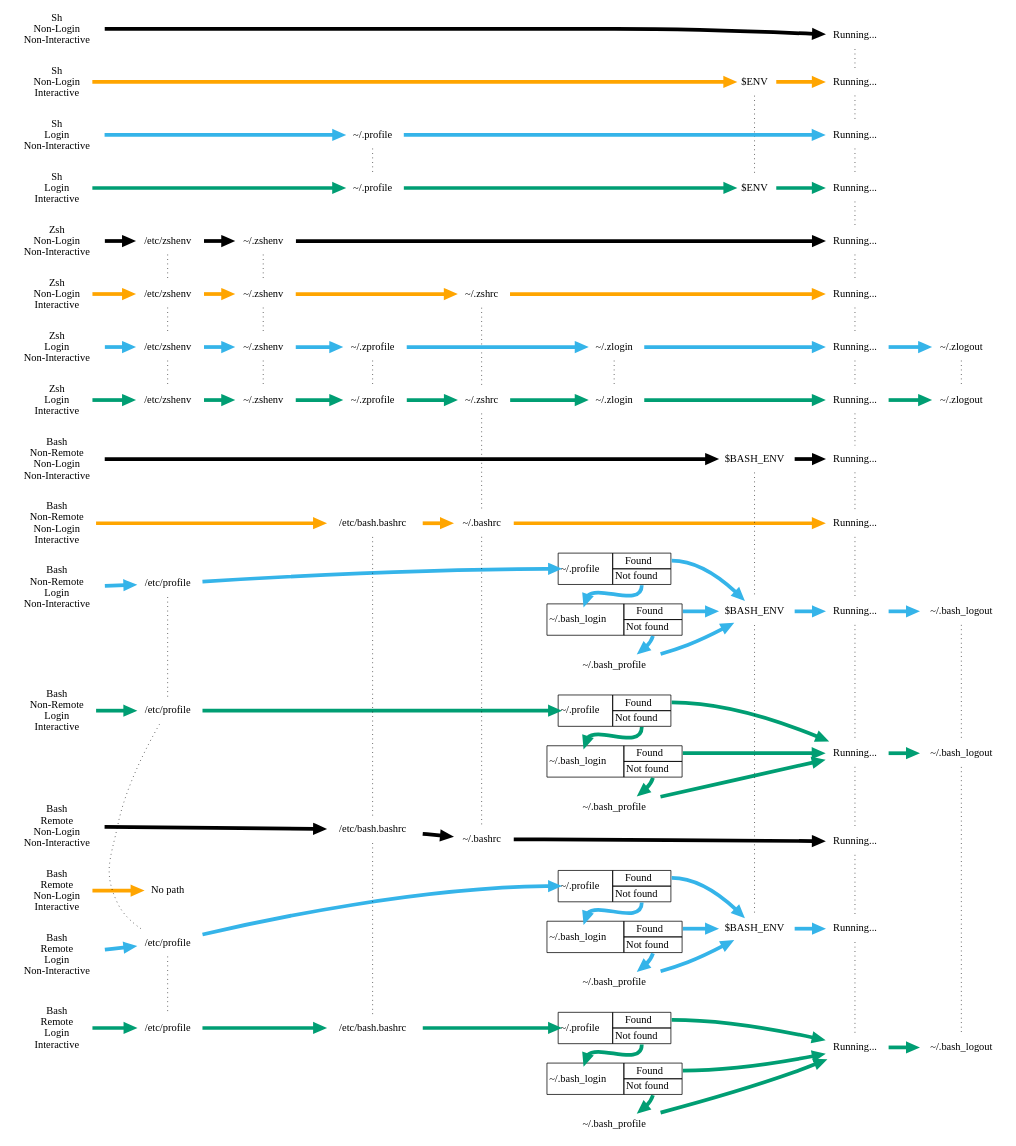
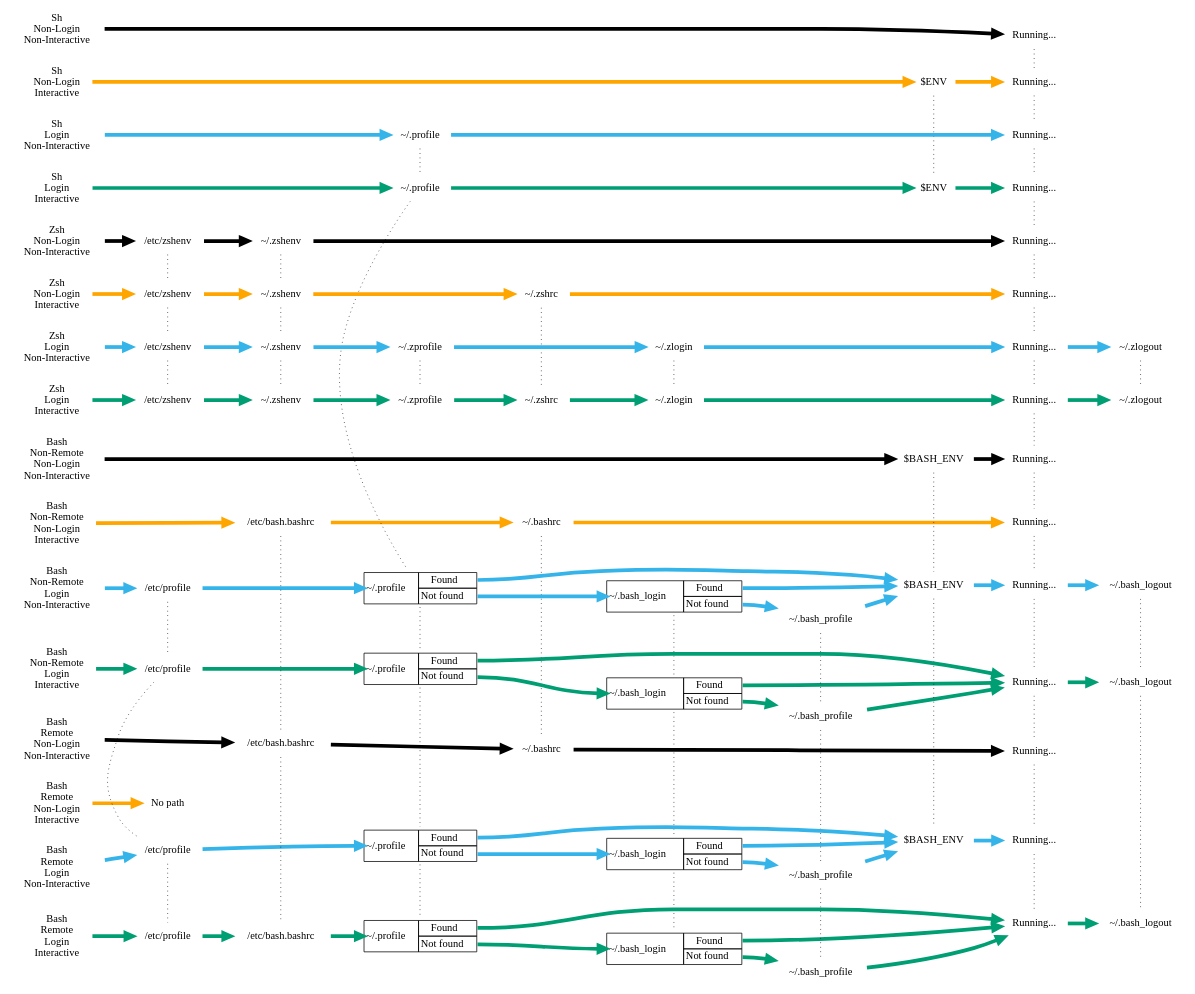
One commit to mikemol/mikemol.github.io changed the diagram in assets/sh-zsh-bash-refactor/samerank/samerank.dot. Above: the diagram before and after it, drawn with Graphviz.

Commit message:
Update samerank.dot with updated base dot

```diff
--- a/assets/sh-zsh-bash-refactor/samerank/samerank.dot
+++ b/assets/sh-zsh-bash-refactor/samerank/samerank.dot
@@ -39,21 +39,17 @@
         zsh_li_home_zlogin
 
         node  [label=< <table border='0' cellborder='1' cellspacing='0'><tr><td rowspan='2' port='in'>~/.bash_login</td><td port='found'>Found</td></tr><tr><td port='not_found'>Not found</td></tr></table> > shape=none]
-        bash_nln_home_bash_login_case
-        bash_nli_home_bash_login_case
-        bash_rln_home_bash_login_case
+        bash_nln_home_bash_login_case ->
+        bash_nli_home_bash_login_case ->
+        bash_rln_home_bash_login_case ->
         bash_rli_home_bash_login_case
-
-        node [label=< <table border='0' cellborder='1' cellspacing='0'><tr><td rowspan='2' port='in'>~/.profile</td><td port='found'>Found</td></tr><tr><td port='not_found'>Not found</td></tr></table> > shape=none]
-        bash_nln_home_profile_case
-        bash_nli_home_profile_case
-        bash_rln_home_profile_case
-        bash_rli_home_profile_case
-
+    }
+    {
+        rank=same
         node [label="~/.bash_profile"]
-        bash_nln_home_bash_profile
-        bash_nli_home_bash_profile
-        bash_rln_home_bash_profile
+        bash_nln_home_bash_profile ->
+        bash_nli_home_bash_profile ->
+        bash_rln_home_bash_profile ->
         bash_rli_home_bash_profile
     }
 
@@ -74,7 +70,7 @@
         bash_rnn_home_bashrc
 
         zsh_ni_home_zshrc ->
-        zsh_li_home_zshrc ->
+        zsh_li_home_zshrc
         bash_nni_home_bashrc ->
         bash_rnn_home_bashrc
     }
@@ -132,6 +128,15 @@
         node [label="~/.zprofile"]
         zsh_ln_home_zprofile ->
         zsh_li_home_zprofile
+
+        node [label=< <table border='0' cellborder='1' cellspacing='0'><tr><td rowspan='2' port='in'>~/.profile</td><td port='found'>Found</td></tr><tr><td port='not_found'>Not found</td></tr></table> > shape=none]
+        bash_nln_home_profile_case ->
+        bash_nli_home_profile_case ->
+        bash_rln_home_profile_case ->
+        bash_rli_home_profile_case
+
+        sh_li_home_profile -> bash_nln_home_profile_case
+
     }
 
     {
@@ -225,5 +230,4 @@
     bash_rli_home_profile_case:found -> bash_rli_running_to_logout 
     bash_rli_home_profile_case:not_found -> bash_rli_home_bash_login_case:in
     bash_rli_running_to_logout -> bash_rli_logout
-
 }
```
